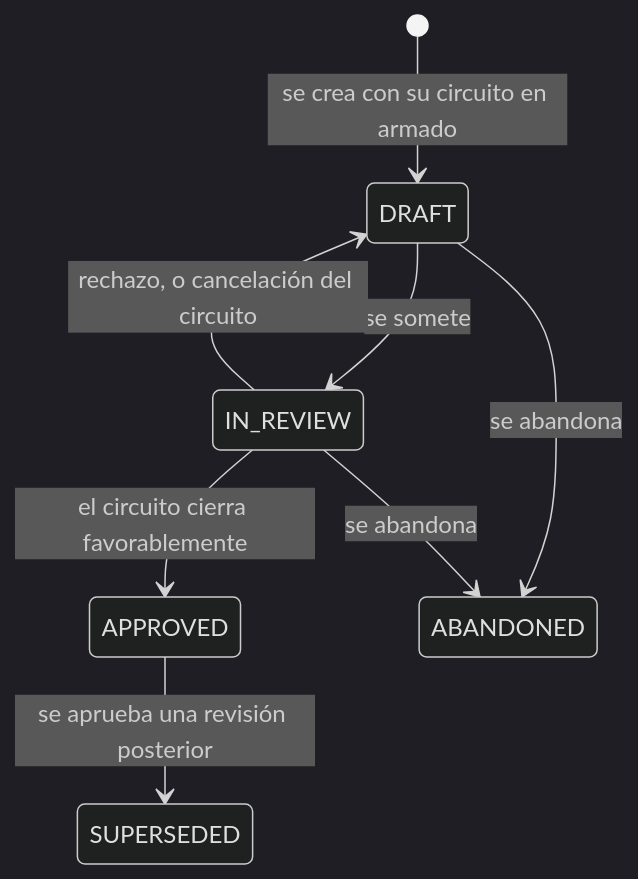
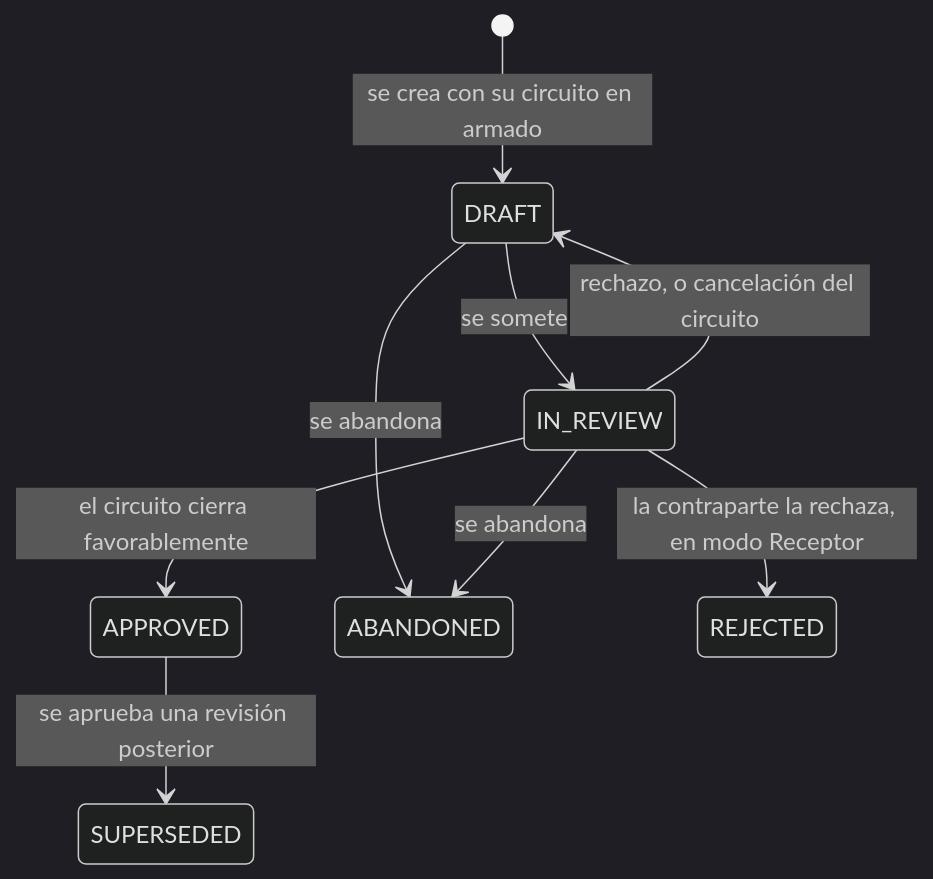
The diagram in docs/SFS/domain/10_cycle/20_DOM-006_DocumentRevision.md (CLGonzalezGroh/209-mi-document), drawn with Mermaid (dark theme) before and after one commit. The commit also changed other lines of this file and 12 other files, not shown here.

````diff
--- a/docs/SFS/domain/10_cycle/20_DOM-006_DocumentRevision.md
+++ b/docs/SFS/domain/10_cycle/20_DOM-006_DocumentRevision.md
@@ -26,10 +26,11 @@
 ```mermaid
 stateDiagram-v2
     [*] --> DRAFT: se crea con su circuito en armado
     DRAFT --> IN_REVIEW: se somete
     IN_REVIEW --> DRAFT: rechazo, o cancelación del circuito
     IN_REVIEW --> APPROVED: el circuito cierra favorablemente
     APPROVED --> SUPERSEDED: se aprueba una revisión posterior
     DRAFT --> ABANDONED: se abandona
     IN_REVIEW --> ABANDONED: se abandona
+    IN_REVIEW --> REJECTED: la contraparte la rechaza, en modo Receptor
 ```
````
